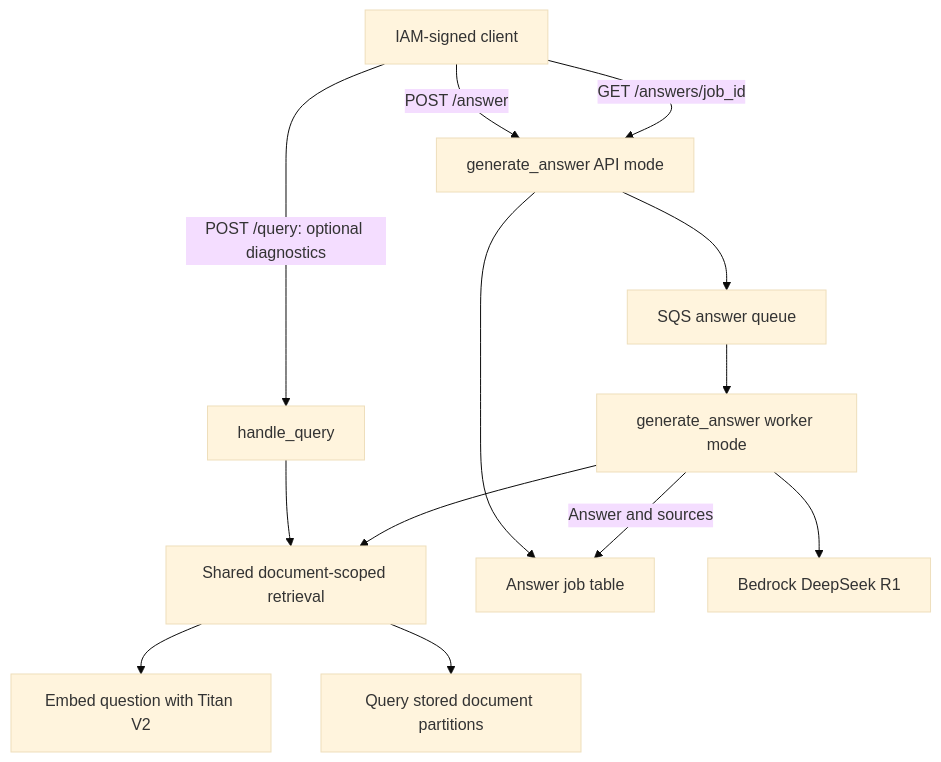
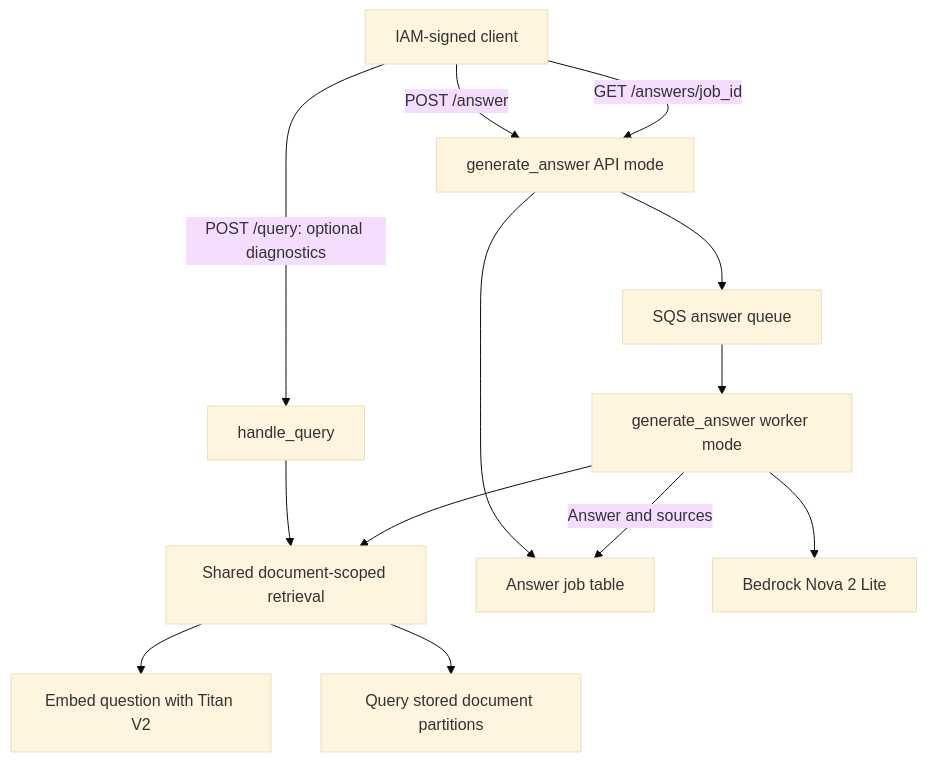
One commit to aryanorastar/UCS531-Cloud-Computing-Project changed the second of 2 diagrams in ARCHITECTURE.md. Above: the diagram before and after it, drawn with Mermaid (base theme). The commit also changed other lines of this file and 29 other files, not shown here.

````diff
--- a/ARCHITECTURE.md
+++ b/ARCHITECTURE.md
@@ -44,15 +50,15 @@
 ```mermaid
 flowchart TD
     Client[IAM-signed client] -->|POST /query: optional diagnostics| Query[handle_query]
     Query --> Retrieval[Shared document-scoped retrieval]
     Client -->|POST /answer| Answer[generate_answer API mode]
     Answer --> Jobs[Answer job table]
     Answer --> Queue[SQS answer queue]
     Queue --> Worker[generate_answer worker mode]
     Worker --> Retrieval
     Retrieval --> Titan[Embed question with Titan V2]
     Retrieval --> Chunks[Query stored document partitions]
-    Worker --> DeepSeek[Bedrock DeepSeek R1]
+    Worker --> Nova[Bedrock Nova 2 Lite]
     Worker -->|Answer and sources| Jobs
     Client -->|GET /answers/job_id| Answer
 ```
````
